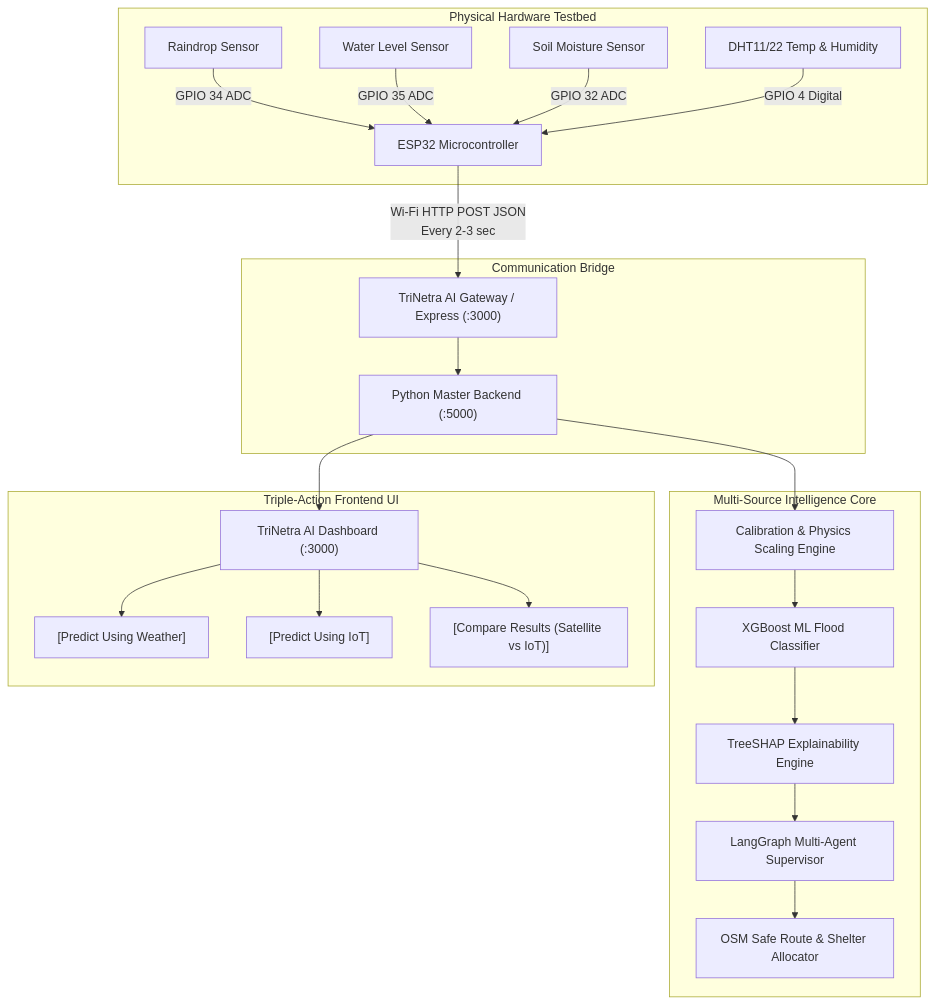
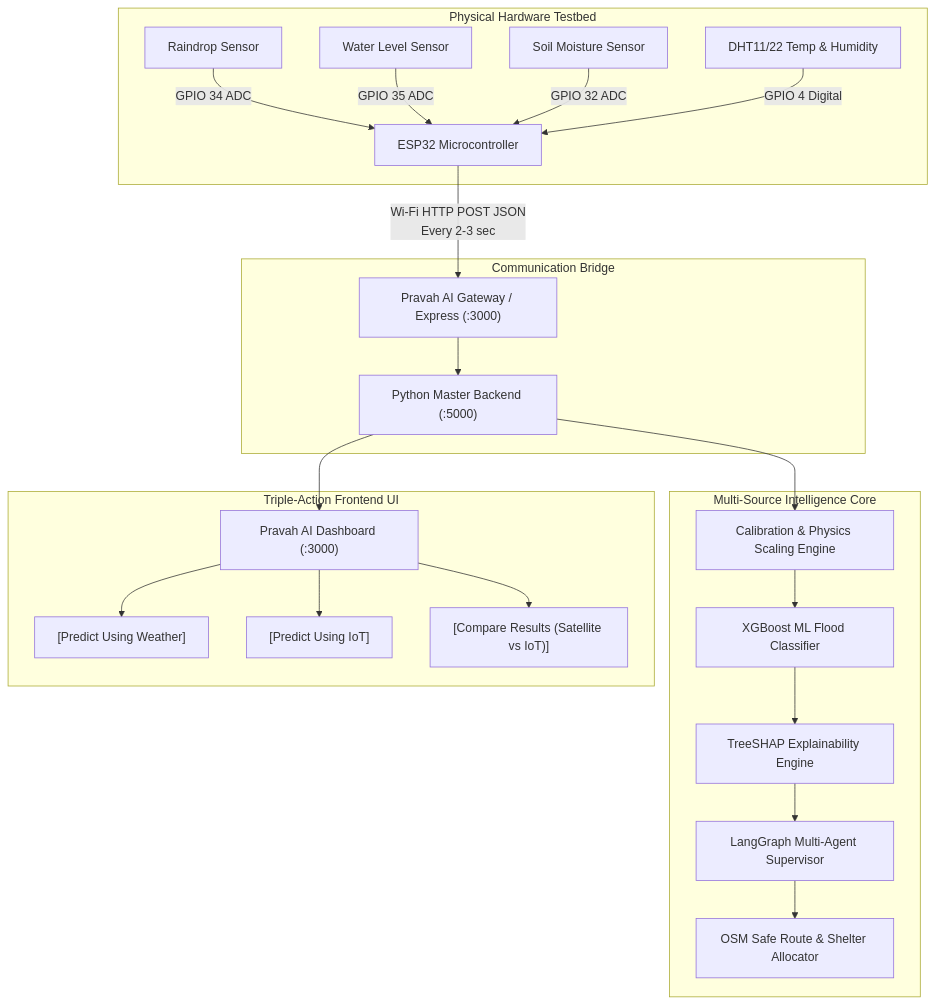
The first of 2 diagrams in ESP32_IOT_INTEGRATION_PLAN.md (Vipin1907/PRAVAH), drawn with Mermaid before and after one commit. The commit also changed other lines of this file and 25 other files, not shown here.

Commit message:
refactor: replace TriNetra with Pravah AI across entire codebase

````diff
--- a/ESP32_IOT_INTEGRATION_PLAN.md
+++ b/ESP32_IOT_INTEGRATION_PLAN.md
@@ -14,29 +14,29 @@
 ```mermaid
 graph TD
     subgraph Physical Hardware Testbed
         S1[Raindrop Sensor] -->|GPIO 34 ADC| ESP[ESP32 Microcontroller]
         S2[Water Level Sensor] -->|GPIO 35 ADC| ESP
         S3[Soil Moisture Sensor] -->|GPIO 32 ADC| ESP
         S4[DHT11/22 Temp & Humidity] -->|GPIO 4 Digital| ESP
     end
 
     subgraph Communication Bridge
-        ESP -->|Wi-Fi HTTP POST JSON \n Every 2-3 sec| Gateway["TriNetra AI Gateway / Express (:3000)"]
+        ESP -->|Wi-Fi HTTP POST JSON \n Every 2-3 sec| Gateway["Pravah AI Gateway / Express (:3000)"]
         Gateway --> PythonMaster["Python Master Backend (:5000)"]
     end
 
     subgraph Multi-Source Intelligence Core
         PythonMaster --> Calib["Calibration & Physics Scaling Engine"]
         Calib --> ML_XGBoost["XGBoost ML Flood Classifier"]
         ML_XGBoost --> SHAP["TreeSHAP Explainability Engine"]
         SHAP --> Agentic["LangGraph Multi-Agent Supervisor"]
         Agentic --> Routes["OSM Safe Route & Shelter Allocator"]
     end
 
     subgraph Triple-Action Frontend UI
-        PythonMaster --> UI["TriNetra AI Dashboard (:3000)"]
+        PythonMaster --> UI["Pravah AI Dashboard (:3000)"]
         UI --> M1["[Predict Using Weather]"]
         UI --> M2["[Predict Using IoT]"]
         UI --> M3["[Compare Results (Satellite vs IoT)]"]
     end
 ```
````
